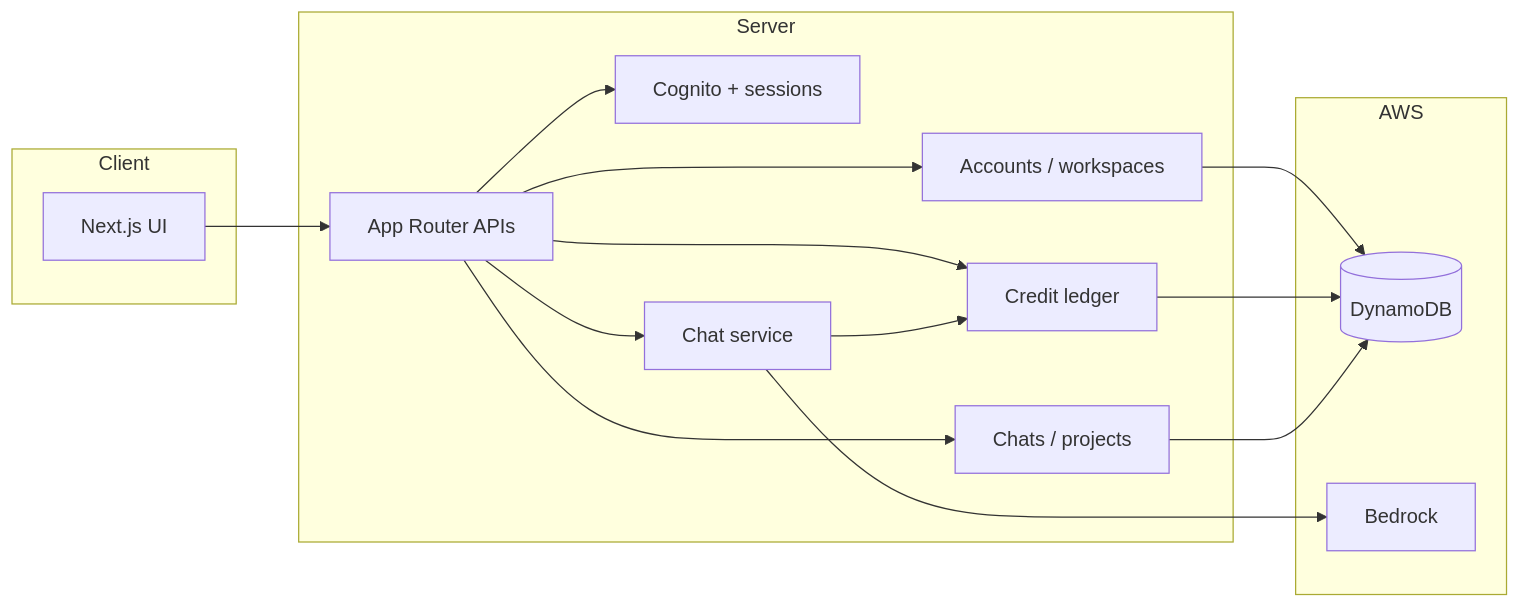
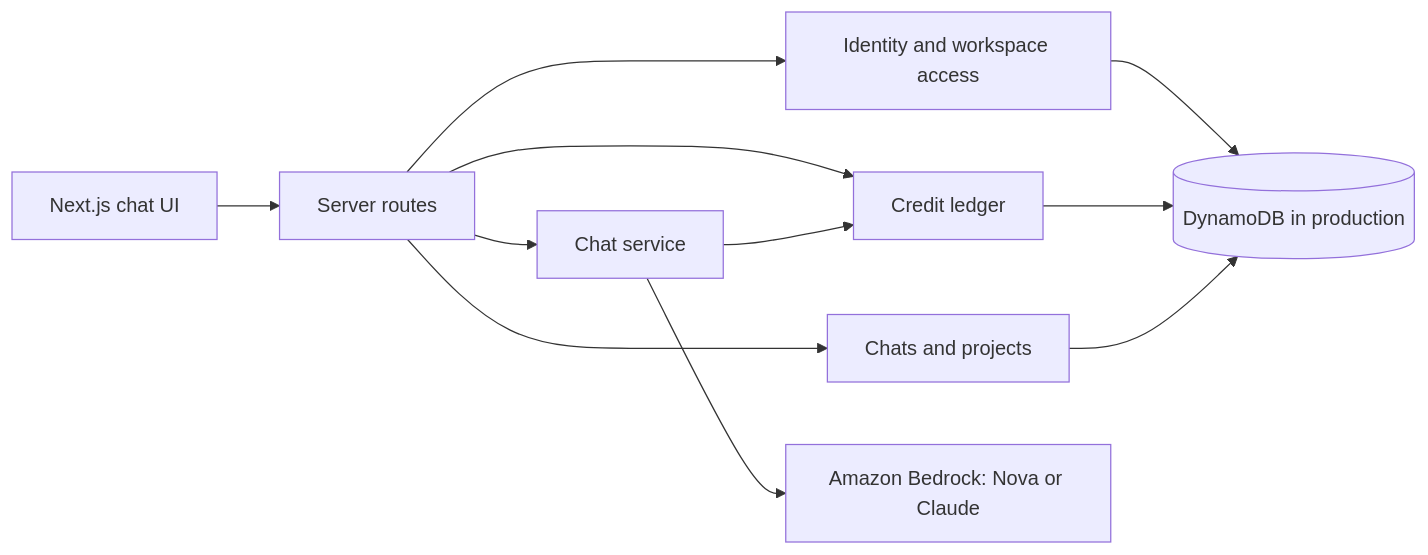
One commit to Sanjeev1802/Aria changed the diagram in README.md. Above: the diagram before and after it, drawn with Mermaid. The commit also changed other lines of this file, not shown here.

````diff
--- a/README.md
+++ b/README.md
@@ -27,29 +25,13 @@
 ```mermaid
 flowchart LR
-  subgraph Client
-    UI[Next.js UI]
-  end
-  subgraph Server
-    API[App Router APIs]
-    Auth[Cognito + sessions]
-    Dir[Accounts / workspaces]
-    Ledger[Credit ledger]
-    Chat[Chat service]
-    Work[Chats / projects]
-  end
-  subgraph AWS
-    DDB[(DynamoDB)]
-    BR[Bedrock]
-  end
-  UI --> API
-  API --> Auth
-  API --> Dir
-  API --> Ledger
-  API --> Chat
-  API --> Work
-  Dir --> DDB
-  Ledger --> DDB
-  Work --> DDB
+  Browser[Next.js chat UI] --> API[Server routes]
+  API --> Identity[Identity and workspace access]
+  API --> Ledger[Credit ledger]
+  API --> Threads[Chats and projects]
+  API --> Chat[Chat service]
   Chat --> Ledger
-  Chat --> BR
+  Chat --> Bedrock[Amazon Bedrock: Nova or Claude]
+  Identity --> Store[(DynamoDB in production)]
+  Ledger --> Store
+  Threads --> Store
 ```
````
